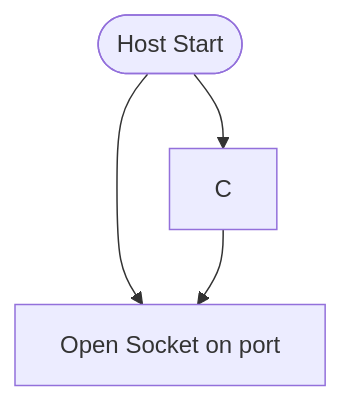
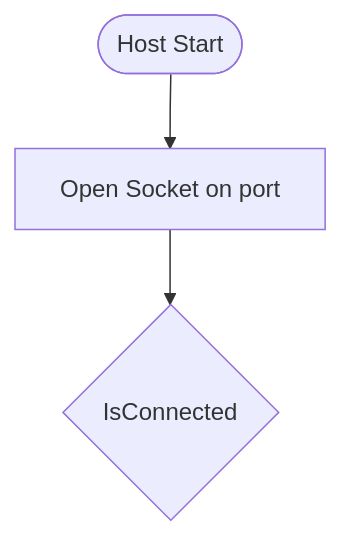
The diagram in README.md (GMcMichael/ThornNetworking), drawn with Mermaid before and after one commit.

````diff
--- a/README.md
+++ b/README.md
@@ -1,7 +1,6 @@
 ```mermaid
 
 graph TD;
   A([Host Start]) --> B[Open Socket on port]
-  A-->C;
-  C-->B;
+  B-->C{IsConnected};
 ```
````
